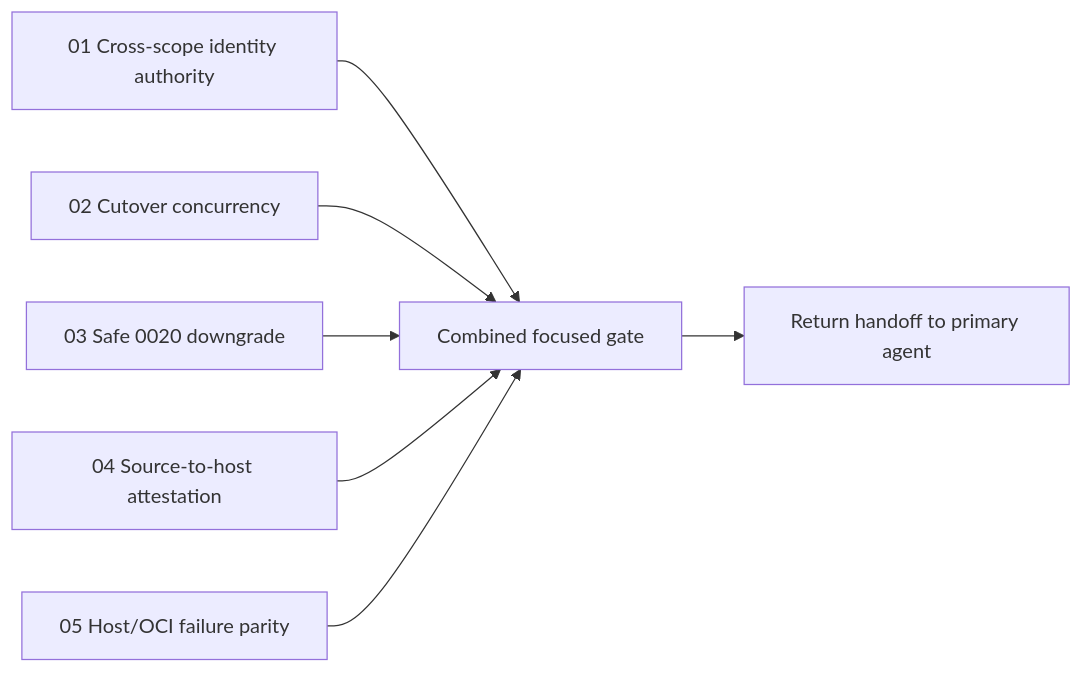
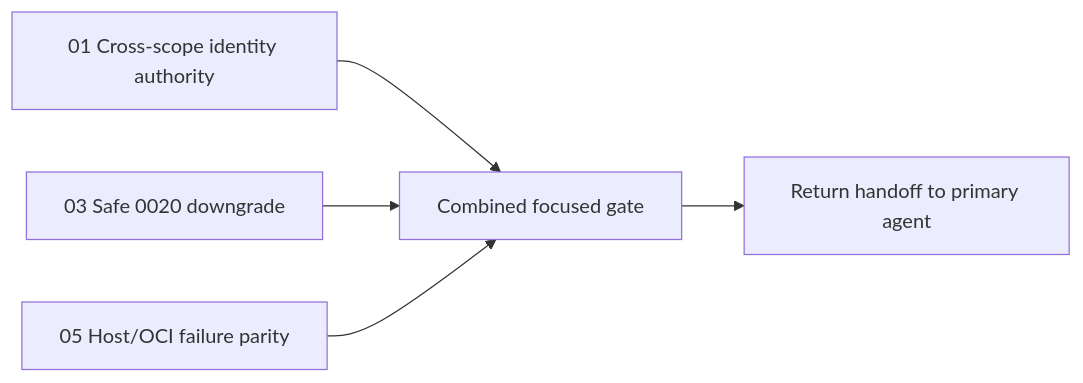
One commit to artpods56/grafY changed the diagram in docs/plans/workspace-plugins/todo/README.md. Above: the diagram before and after it, drawn with Mermaid. The commit also changed other lines of this file and 11 other files, not shown here.

````diff
--- a/docs/plans/workspace-plugins/todo/README.md
+++ b/docs/plans/workspace-plugins/todo/README.md
@@ -16,9 +16,7 @@
 ```mermaid
 flowchart LR
     A["01 Cross-scope identity authority"] --> G["Combined focused gate"]
-    B["02 Cutover concurrency"] --> G
     C["03 Safe 0020 downgrade"] --> G
-    D["04 Source-to-host attestation"] --> G
     E["05 Host/OCI failure parity"] --> G
     G --> H["Return handoff to primary agent"]
 ```
````
